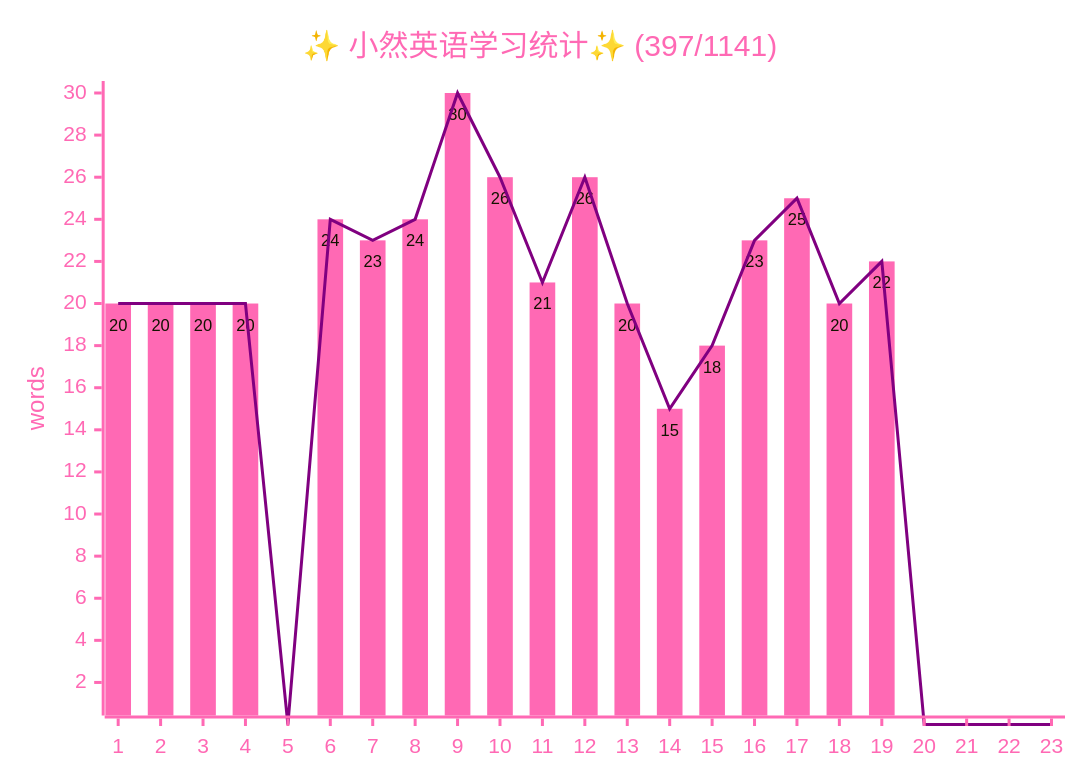
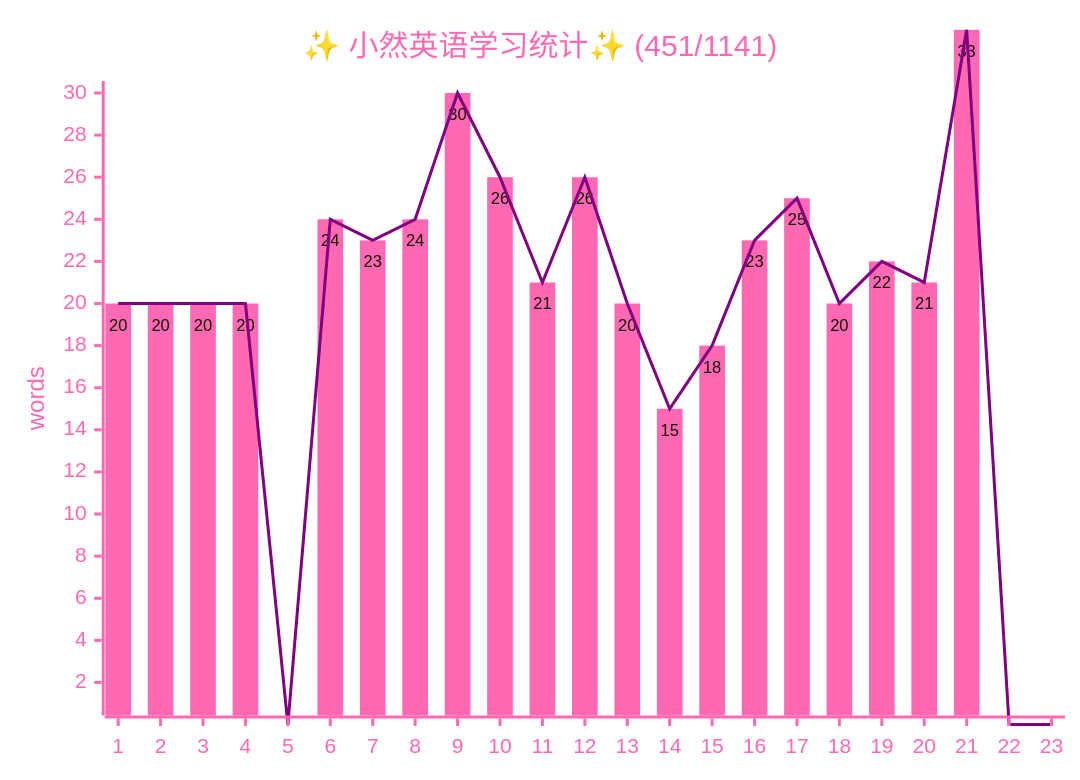
One commit to zsh-rc/zsh-rc.github.io changed the diagram in docs/life-lessons/xiaoran/2026-xiaoran.md. Above: the diagram before and after it, drawn with Mermaid.

```diff
--- a/docs/life-lessons/xiaoran/2026-xiaoran.md
+++ b/docs/life-lessons/xiaoran/2026-xiaoran.md
@@ -11,25 +11,25 @@
 ~~~mermaid
 ---
 config:
     xyChart:
         showDataLabel: true
     themeVariables:
         xyChart:
             titleColor: "#FF69B4"
             xAxisTitleColor: "#FF69B4"
             xAxisLabelColor: "#FF69B4"
             xAxisLineColor: "#FF69B4"
             xAxisTickColor: "#FF69B4"
             yAxisLabelColor: "#FF69B4"
             yAxisTitleColor: "#FF69B4"
             yAxisLineColor: "#FF69B4"
             yAxisTickColor: "#FF69B4"
             plotColorPalette: '#FF69B4, #800080'
 ---
 xychart
-    title "✨ 小然英语学习统计✨ (397/1141)"
+    title "✨ 小然英语学习统计✨ (451/1141)"
     y-axis "words" 1 --> 30
     x-axis [1,  2,  3,  4,  5,  6,  7,  8,  9,  10, 11, 12, 13, 14, 15, 16, 17, 18, 19, 20, 21, 22, 23]
-    bar    [20, 20, 20, 20, 0,  24, 23, 24, 30, 26, 21, 26, 20, 15, 18, 23, 25, 20, 22,  0,  0,  0,  0]
-    line   [20, 20, 20, 20, 0,  24, 23, 24, 30, 26, 21, 26, 20, 15, 18, 23, 25, 20, 22,  0,  0,  0,  0]
+    bar    [20, 20, 20, 20, 0,  24, 23, 24, 30, 26, 21, 26, 20, 15, 18, 23, 25, 20, 22, 21, 33,  0,  0]
+    line   [20, 20, 20, 20, 0,  24, 23, 24, 30, 26, 21, 26, 20, 15, 18, 23, 25, 20, 22, 21, 33,  0,  0]
 ~~~
```
